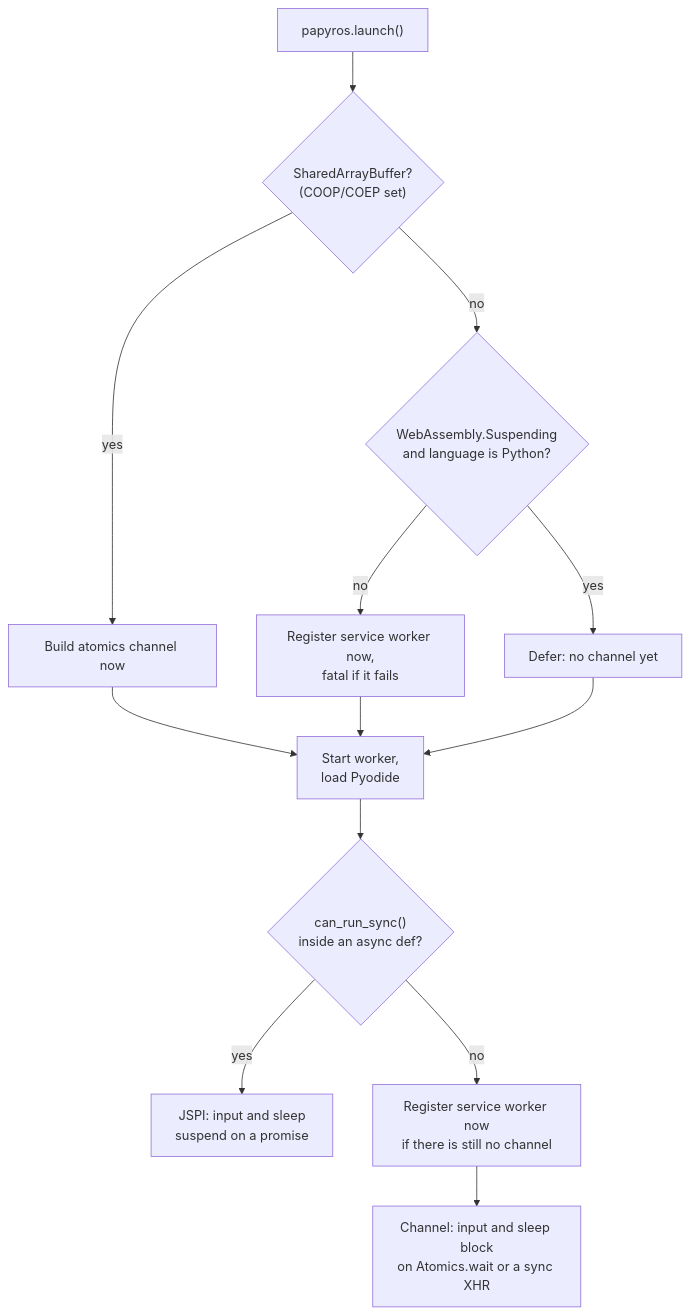
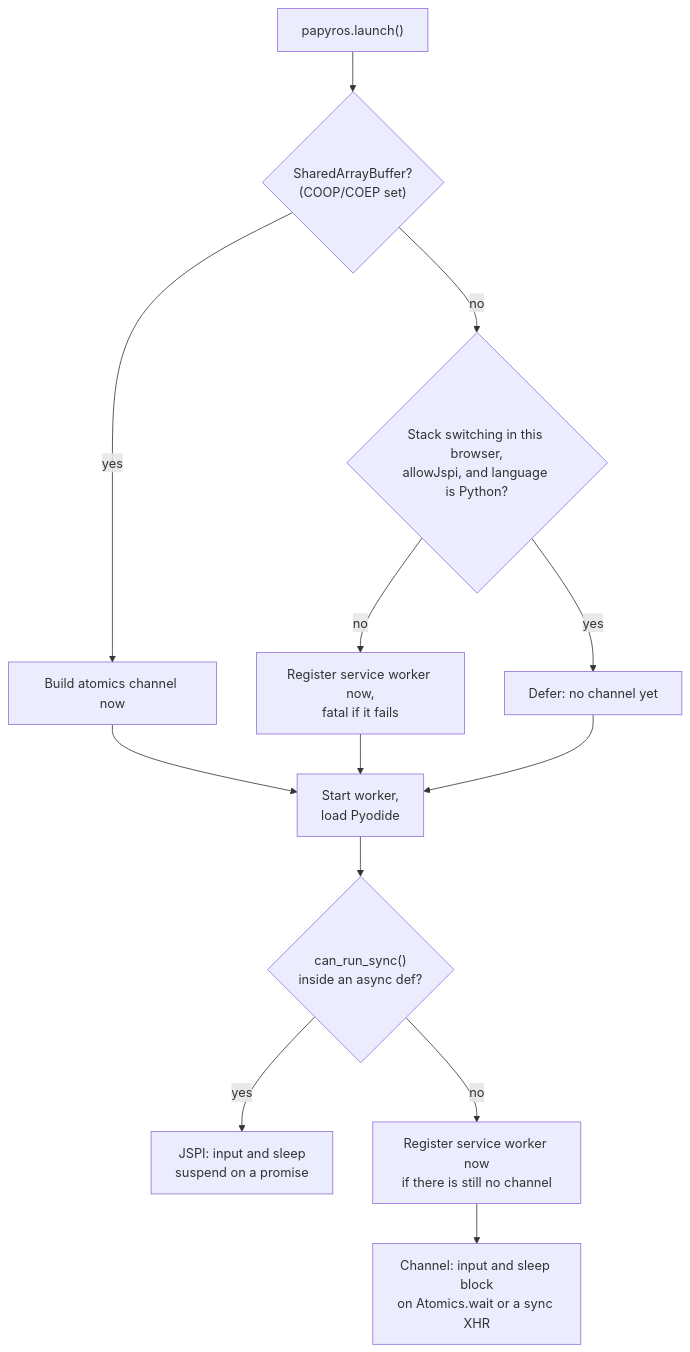
One commit to dodona-edu/papyros changed the diagram in README.md. Above: the diagram before and after it, drawn with Mermaid. The commit also changed other lines of this file and 3 other files, not shown here.

First line of the commit message:
Match Pyodide's stack switching detection and report a missing channel

````diff
--- a/README.md
+++ b/README.md
@@ -81,17 +81,17 @@
 ```mermaid
 flowchart TD
     launch["papyros.launch()"] --> sab{"SharedArrayBuffer?<br/>(COOP/COEP set)"}
     sab -- yes --> atomics["Build atomics channel now"]
-    sab -- no --> maybe{"WebAssembly.Suspending<br/>and language is Python?"}
+    sab -- no --> maybe{"Stack switching in this browser,<br/>allowJspi, and language is Python?"}
     maybe -- no --> reg["Register service worker now,<br/>fatal if it fails"]
     maybe -- yes --> defer["Defer: no channel yet"]
 
     atomics --> worker
     reg --> worker
     defer --> worker["Start worker,<br/>load Pyodide"]
 
     worker --> probe{"can_run_sync()<br/>inside an async def?"}
     probe -- yes --> jspi["JSPI: input and sleep<br/>suspend on a promise"]
     probe -- no --> late["Register service worker now<br/>if there is still no channel"]
     late --> channel["Channel: input and sleep block<br/>on Atomics.wait or a sync XHR"]
 ```
````
